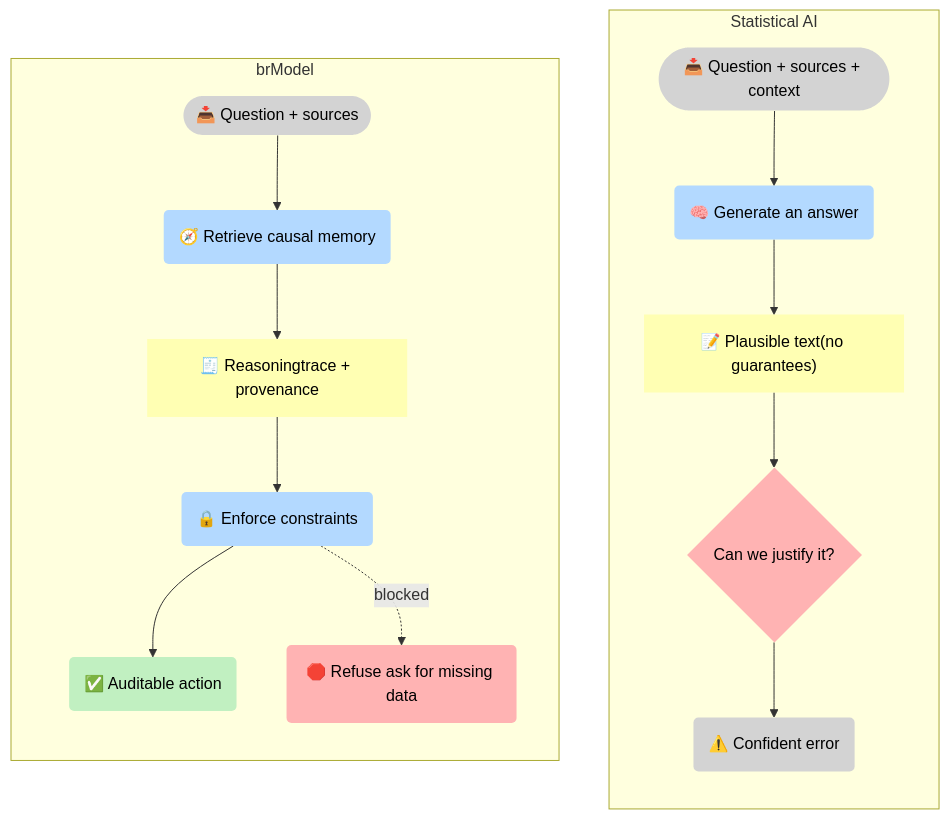
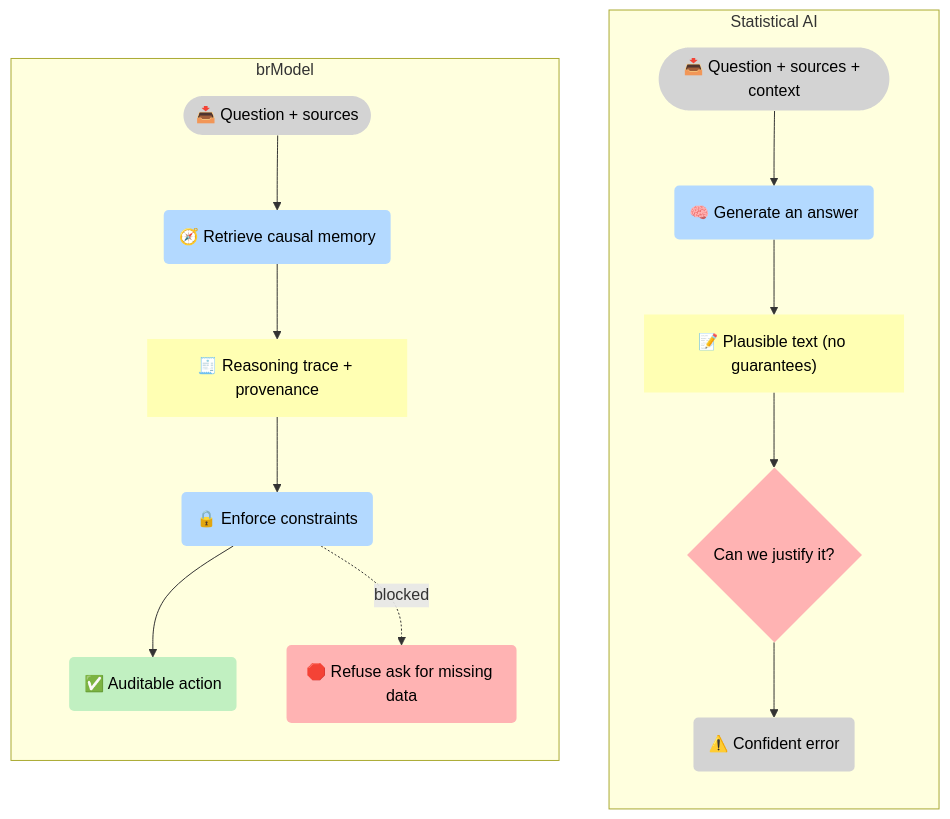
One commit to 5Reasons/5reasons.github.io changed the second of 5 diagrams in docs/index.md. Above: the diagram before and after it, drawn with Mermaid. The commit also changed other lines of this file, not shown here.

Commit message:
Fix typos in Mermaid diagram labels for improved clarity and readability

````diff
--- a/docs/index.md
+++ b/docs/index.md
@@ -163,37 +163,37 @@
 ```mermaid
 flowchart TB
 %% Styles (brModel Standard)
 classDef i fill:#D3D3D3,stroke-width:0px,color:#000;
 classDef p fill:#B3D9FF,stroke-width:0px,color:#000;
 classDef r fill:#FFFFB3,stroke-width:0px,color:#000;
 classDef o fill:#C1F0C1,stroke-width:0px,color:#000;
 classDef s fill:#FFB3B3,stroke-width:0px,color:#000;
 
 subgraph S1["Statistical AI"]
 direction TB
 I_Q1(["📥 Question + sources + context"]):::i
 P_LLM1("🧠 Generate an answer"):::p
-R_Text1["📝 Plausible text(no guarantees)"]:::r
+R_Text1["📝 Plausible text (no guarantees)"]:::r
 P_Check1{"Can we justify it?"}:::s
 S_Error1("⚠️ Confident error"):::i
 I_Q1 --> P_LLM1 --> R_Text1 --> P_Check1 --> S_Error1
 end
 
 subgraph S2["brModel"]
 direction TB
 I_Q2(["📥 Question + sources"]):::i
 P_Memory("🧭 Retrieve causal memory"):::p
-R_Trace["🧾 Reasoningtrace + provenance"]:::r
+R_Trace["🧾 Reasoning trace + provenance"]:::r
 P_Constraints("🔒 Enforce constraints"):::p
 O_Safe("✅ Auditable action"):::o
 S_Block("🛑 Refuse ask for missing data"):::s
 I_Q2 --> P_Memory --> R_Trace --> P_Constraints --> O_Safe
 P_Constraints -. "blocked" .-> S_Block
 end
 
 
 
 click P_Memory "/methodology/causalgraphrag/" "CausalGraphRAG"
 click P_Constraints "/methodology/constraints/" "Constraints & SHACL"
 click R_Trace "/methodology/llm-tool-rag/" "LLM + Tool + RAG"
 ```
````
